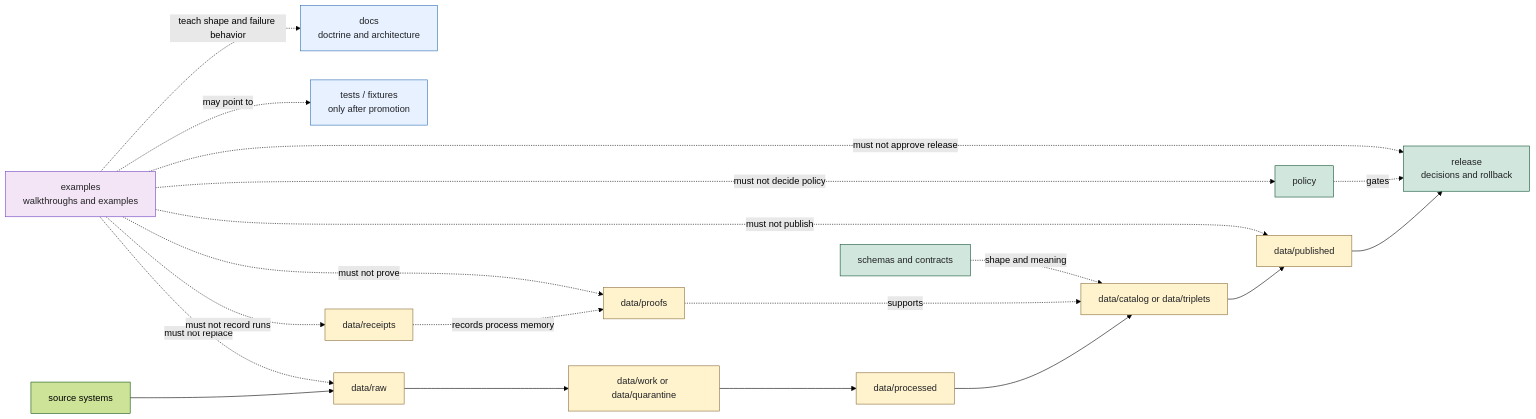
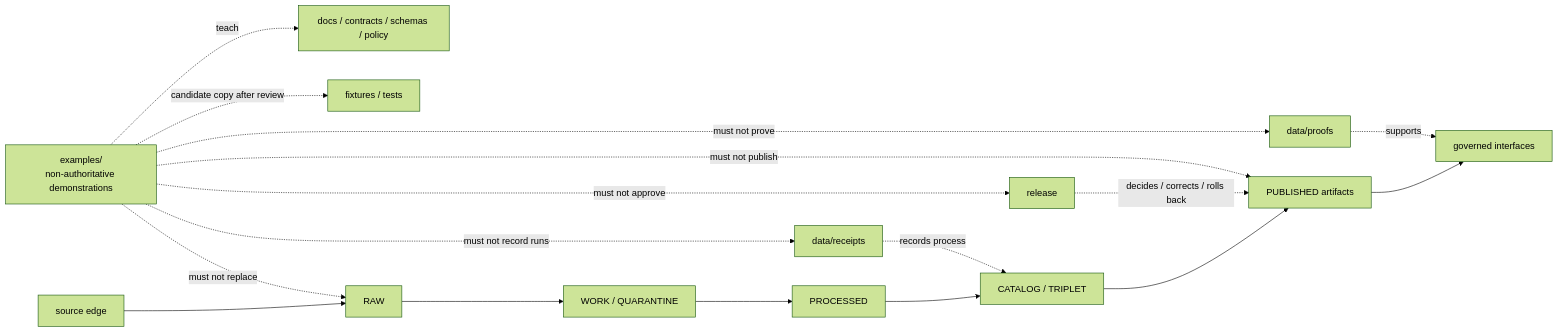
One commit to bartytime4life/Kansas-Frontier-Matrix changed the diagram in examples/README.md. Above: the diagram before and after it, drawn with Mermaid (forest theme). The commit also changed other lines of this file, not shown here.

Commit message:
docs: modernize examples root README

````diff
--- a/examples/README.md
+++ b/examples/README.md
@@ -209,33 +532,22 @@
 ```mermaid
 flowchart LR
-    EX["examples<br/>walkthroughs and examples"] -. "teach shape and failure behavior" .-> DOCS["docs<br/>doctrine and architecture"]
-    EX -. "may point to" .-> TESTS["tests / fixtures<br/>only after promotion"]
+    EX["examples/<br/>non-authoritative demonstrations"] -. "teach" .-> DOCS["docs / contracts / schemas / policy"]
+    EX -. "candidate copy after review" .-> FIX["fixtures / tests"]
 
-    SRC["source systems"] --> RAW["data/raw"]
-    RAW --> WORK["data/work or data/quarantine"]
-    WORK --> PROC["data/processed"]
-    PROC --> CAT["data/catalog or data/triplets"]
-    CAT --> PUB["data/published"]
-    PUB --> REL["release<br/>decisions and rollback"]
+    SRC["source edge"] --> RAW["RAW"]
+    RAW --> WQ["WORK / QUARANTINE"]
+    WQ --> PROC["PROCESSED"]
+    PROC --> CT["CATALOG / TRIPLET"]
+    CT --> PUB["PUBLISHED artifacts"]
+    PUB --> API["governed interfaces"]
 
-    PROOF["data/proofs"] -. "supports" .-> CAT
-    RECEIPT["data/receipts"] -. "records process memory" .-> PROOF
-    POLICY["policy"] -. "gates" .-> REL
-    SCHEMA["schemas and contracts"] -. "shape and meaning" .-> CAT
+    PROOF["data/proofs"] -. "supports" .-> API
+    RECEIPT["data/receipts"] -. "records process" .-> CT
+    REL["release"] -. "decides / corrects / rolls back" .-> PUB
 
     EX -. "must not replace" .-> RAW
     EX -. "must not prove" .-> PROOF
     EX -. "must not record runs" .-> RECEIPT
-    EX -. "must not decide policy" .-> POLICY
     EX -. "must not publish" .-> PUB
-    EX -. "must not approve release" .-> REL
-
-    classDef example fill:#f3e5f5,stroke:#6f42c1,color:#202124;
-    classDef doc fill:#e7f1ff,stroke:#2b6cb0,color:#202124;
-    classDef data fill:#fff3cd,stroke:#8a6d3b,color:#202124;
-    classDef gate fill:#d1e7dd,stroke:#0f5132,color:#202124;
-    class EX example;
-    class DOCS,TESTS doc;
-    class RAW,WORK,PROC,CAT,PUB,PROOF,RECEIPT data;
-    class REL,POLICY,SCHEMA gate;
+    EX -. "must not approve" .-> REL
 ```
````
